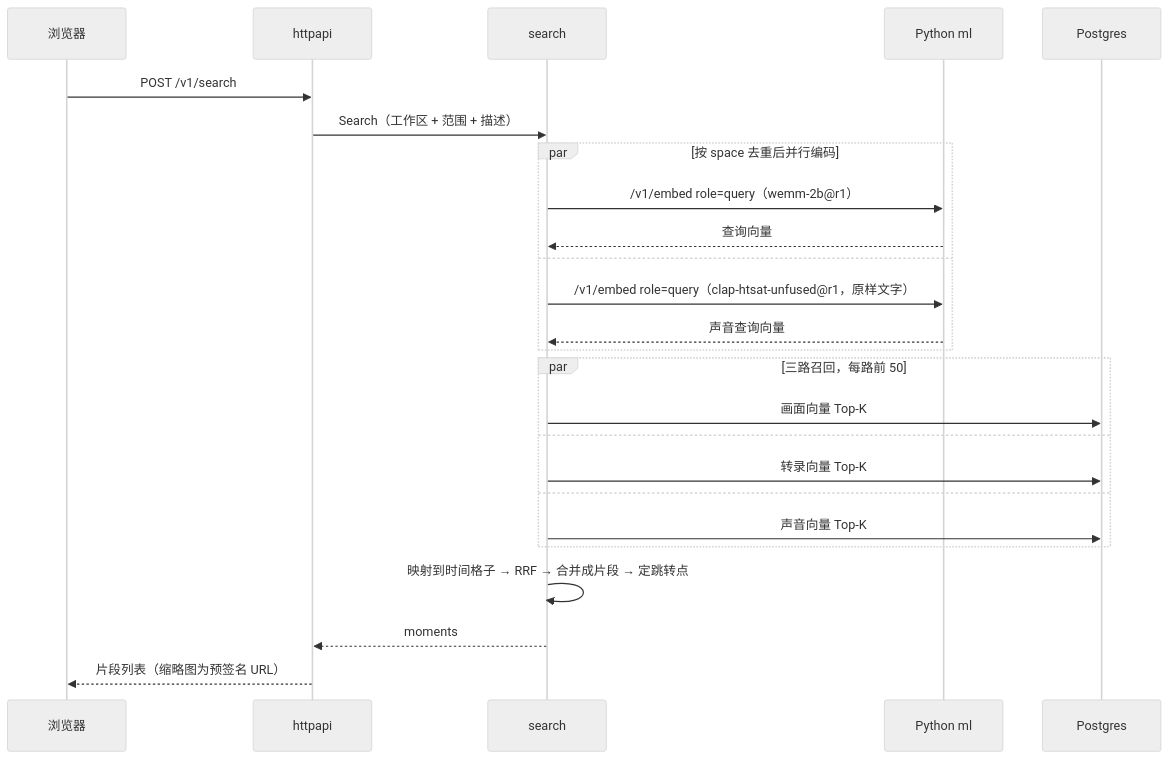
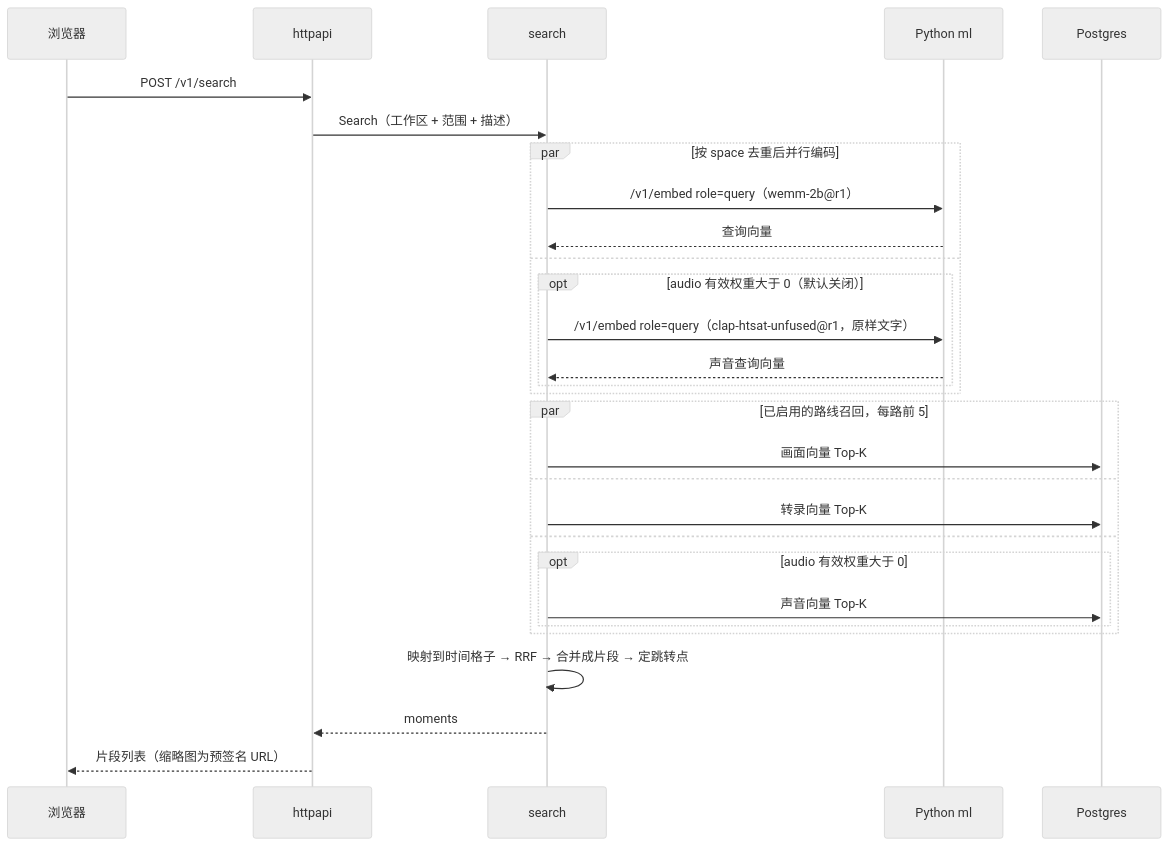
Before and after one commit to realOzine/videohelper: diagram 11 of 17 in docs/design.md, drawn with Mermaid (neutral theme). The commit also changed other lines of this file and 5 other files, not shown here.

````diff
--- a/docs/design.md
+++ b/docs/design.md
@@ -495,28 +495,32 @@
 ```mermaid
 sequenceDiagram
   participant B as 浏览器
   participant A as httpapi
   participant S as search
   participant P as Python ml
   participant G as Postgres
 
   B->>A: POST /v1/search
   A->>S: Search（工作区 + 范围 + 描述）
   par 按 space 去重后并行编码
     S->>P: /v1/embed role=query（wemm-2b@r1）
     P-->>S: 查询向量
   and
-    S->>P: /v1/embed role=query（clap-htsat-unfused@r1，原样文字）
-    P-->>S: 声音查询向量
+    opt audio 有效权重大于 0（默认关闭）
+      S->>P: /v1/embed role=query（clap-htsat-unfused@r1，原样文字）
+      P-->>S: 声音查询向量
+    end
   end
-  par 三路召回，每路前 50
+  par 已启用的路线召回，每路前 5
     S->>G: 画面向量 Top-K
   and
     S->>G: 转录向量 Top-K
   and
-    S->>G: 声音向量 Top-K
+    opt audio 有效权重大于 0
+      S->>G: 声音向量 Top-K
+    end
   end
   S->>S: 映射到时间格子 → RRF → 合并成片段 → 定跳转点
   S-->>A: moments
   A-->>B: 片段列表（缩略图为预签名 URL）
 ```
````
